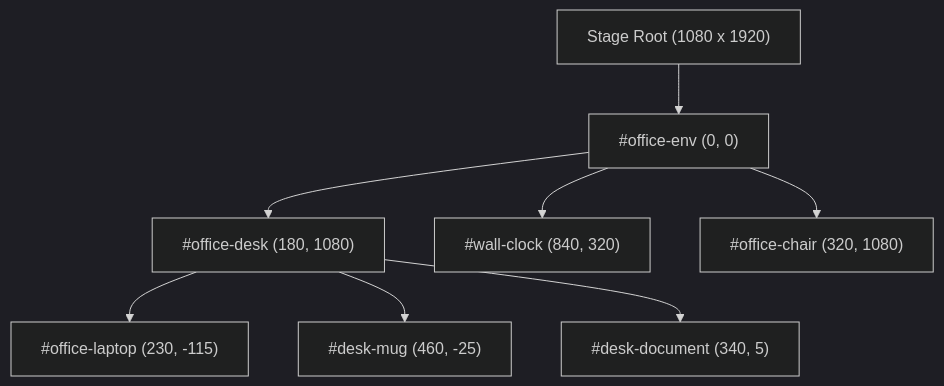
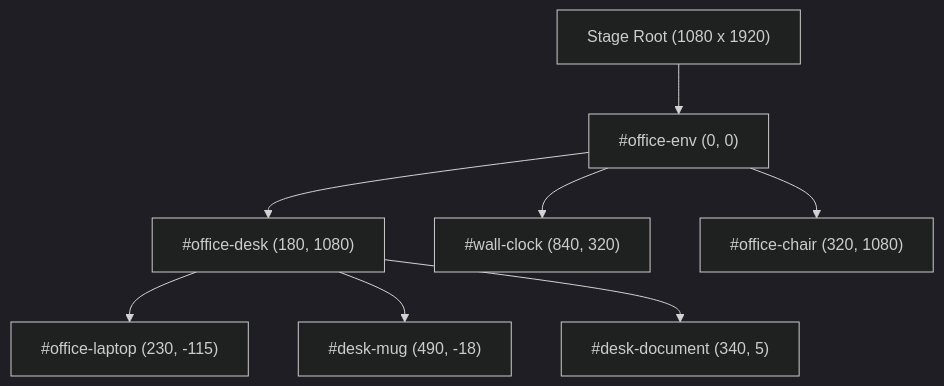
Before and after one commit to mohammedimohamed/videoeditor: the first of 2 diagrams in projects/episode-01-le-rapport/docs/architecture-milestone3.md, drawn with Mermaid (dark theme). The commit also changed other lines of this file and 24 other files, not shown here.

````diff
--- a/projects/episode-01-le-rapport/docs/architecture-milestone3.md
+++ b/projects/episode-01-le-rapport/docs/architecture-milestone3.md
@@ -33,10 +33,10 @@
 ```mermaid
 graph TD
   Stage["Stage Root (1080 x 1920)"] --> Office["#office-env (0, 0)"]
   Office --> Desk["#office-desk (180, 1080)"]
   Office --> Clock["#wall-clock (840, 320)"]
   Office --> Chair["#office-chair (320, 1080)"]
   Desk --> Laptop["#office-laptop (230, -115)"]
-  Desk --> Mug["#desk-mug (460, -25)"]
+  Desk --> Mug["#desk-mug (490, -18)"]
   Desk --> Document["#desk-document (340, 5)"]
 ```
````
